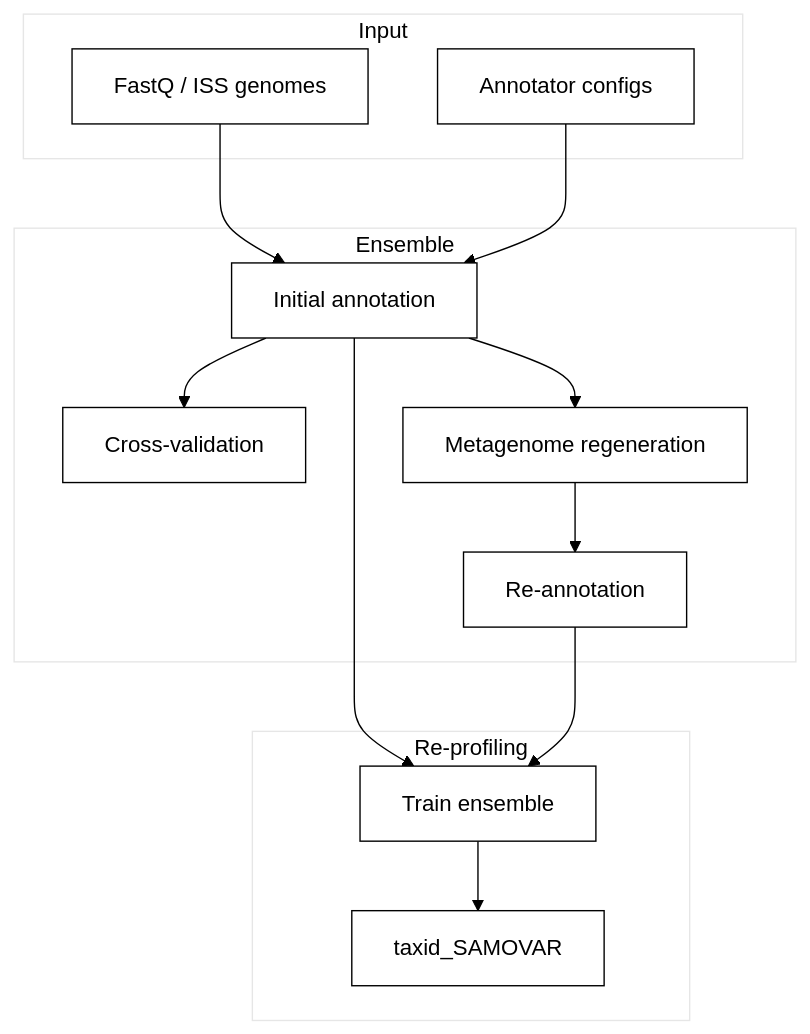
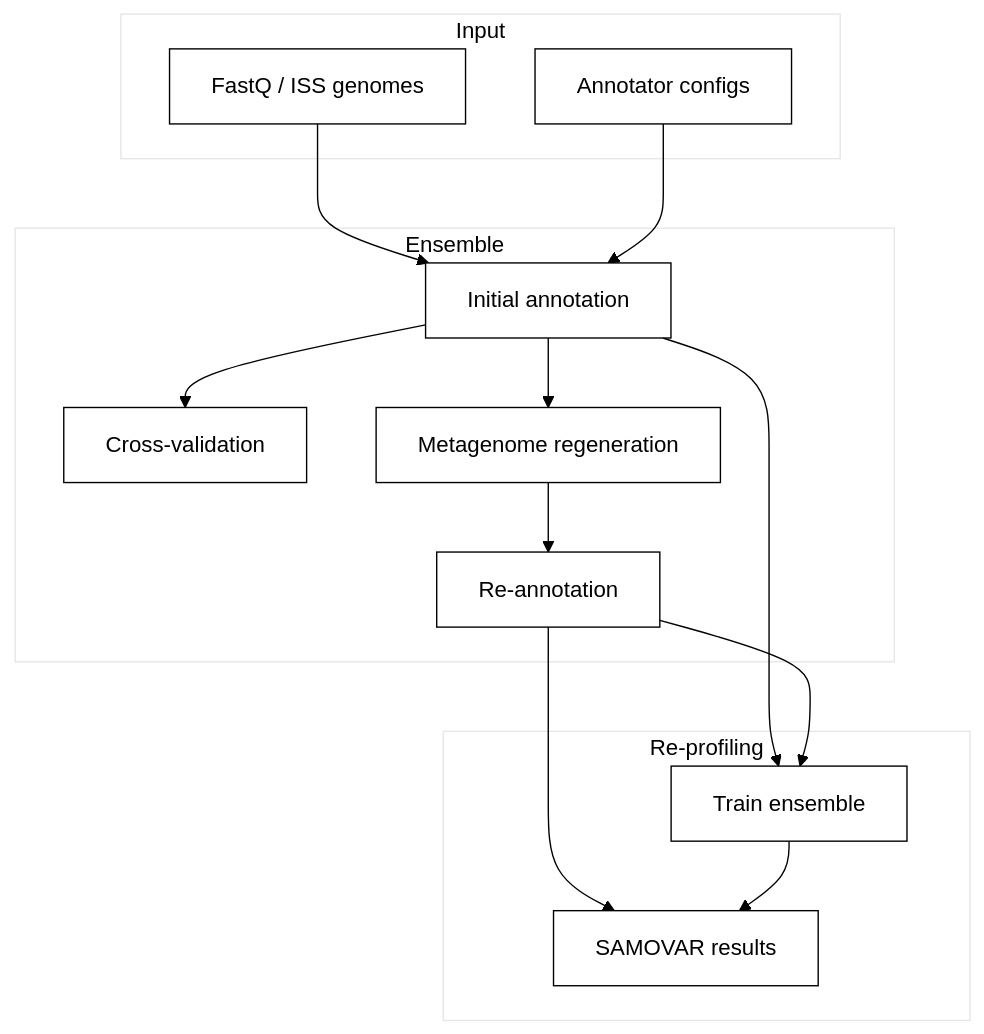
Before and after one commit to ctlab/samovar: the diagram in README.md, drawn with Mermaid. The commit also changed other lines of this file and 2 other files, not shown here.

````diff
--- a/README.md
+++ b/README.md
@@ -53,22 +59,23 @@
 ```mermaid
 %%{init: {'theme': 'base', 'themeVariables': { 'fontSize': '16px', 'fontFamily': 'arial', 'primaryColor': '#fff', 'primaryTextColor': '#000', 'primaryBorderColor': '#000', 'lineColor': '#000', 'secondaryColor': '#fff', 'tertiaryColor': '#fff'}}}%%
 graph TD
     subgraph Input
         A1[FastQ / ISS genomes]
         A3[Annotator configs]
     end
 
     subgraph Ensemble
         A1 --> C[Initial annotation]
         A3 --> C
         C --> CV[Cross-validation]
         C --> E[Metagenome regeneration]
         E --> F[Re-annotation]
     end
 
     subgraph Re-profiling
         C --> ML[Train ensemble]
         F --> ML
-        ML --> R[taxid_SAMOVAR]
+        F --> R
+        ML --> R[SAMOVAR results]
     end
 ```
````
